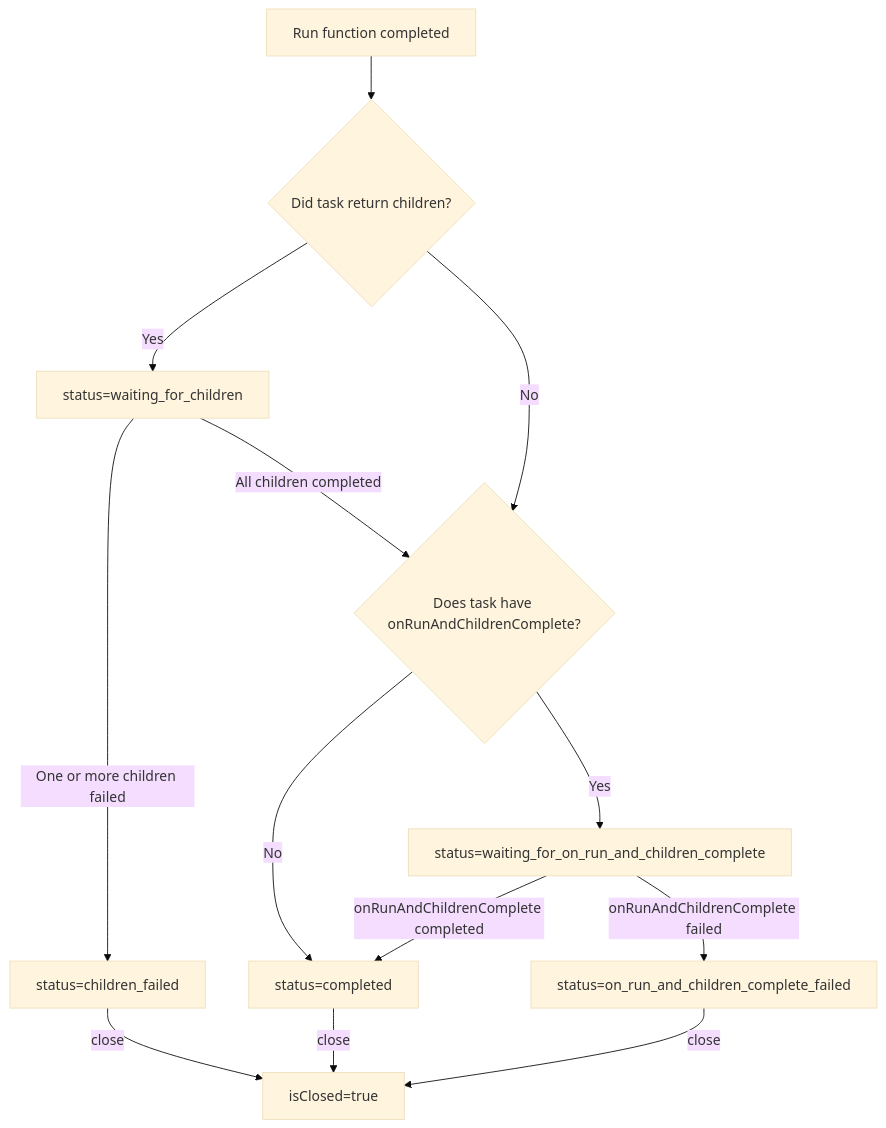
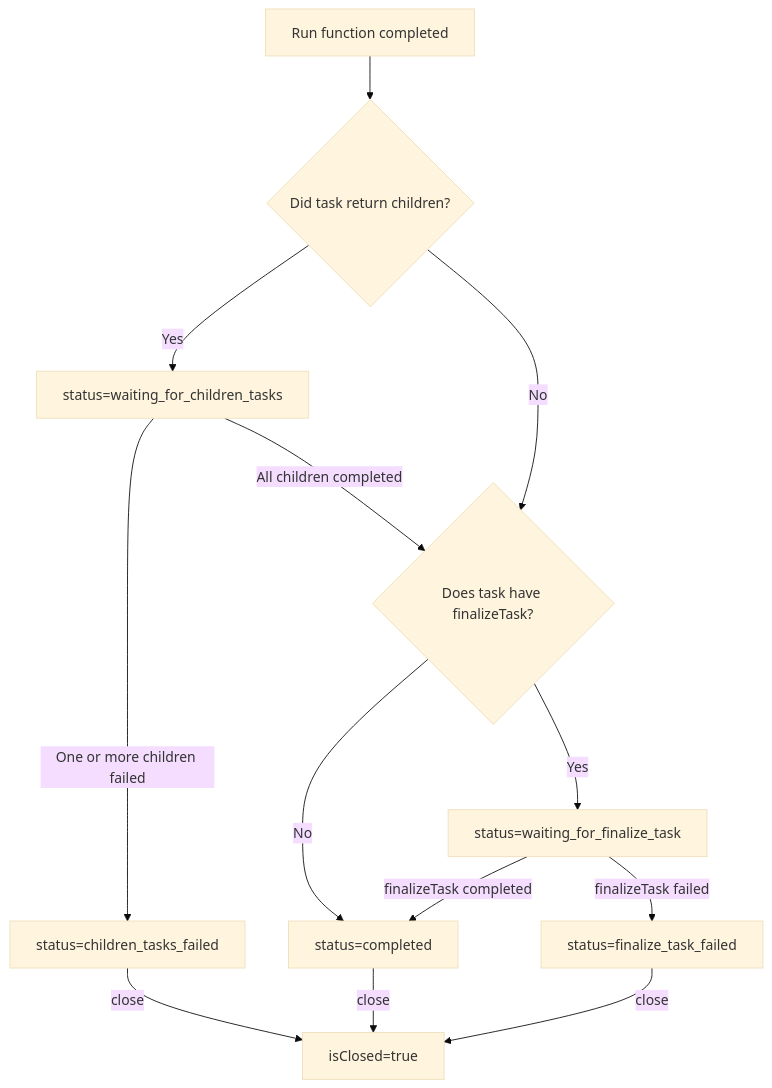
The eighth of 8 diagrams in durable-execution/README.md (gpahal/durable-execution), drawn with Mermaid (base theme) before and after one commit. The commit also changed other lines of this file and 16 other files, not shown here.

````diff
--- a/durable-execution/README.md
+++ b/durable-execution/README.md
@@ -1003,15 +981,15 @@
 ```mermaid
 flowchart TD
   A[Run function completed]-->B{Did task return children?}
-  B-->|Yes| C[status=waiting_for_children]
-  C-->|One or more children failed| D[status=children_failed]
-  C-->|All children completed| E{Does task have onRunAndChildrenComplete?}
-  E-->|Yes| F[status=waiting_for_on_run_and_children_complete]
+  B-->|Yes| C[status=waiting_for_children_tasks]
+  C-->|One or more children failed| D[status=children_tasks_failed]
+  C-->|All children completed| E{Does task have finalizeTask?}
+  E-->|Yes| F[status=waiting_for_finalize_task]
   E-->|No| G[status=completed]
-  F-->|onRunAndChildrenComplete failed| H[status=on_run_and_children_complete_failed]
-  F-->|onRunAndChildrenComplete completed| G
+  F-->|finalizeTask failed| H[status=finalize_task_failed]
+  F-->|finalizeTask completed| G
   B-->|No| E
   D-->|close| Z[isClosed=true]
   G-->|close| Z
   H-->|close| Z
 ```
````
